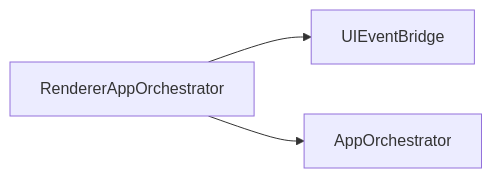
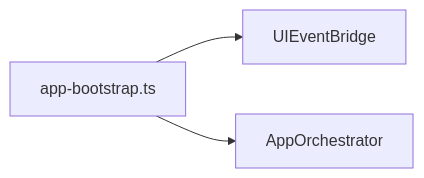
One commit to josstei/prismgb-app changed the first of 6 diagrams in docs/architecture-diagrams-onboarding.md. Above: the diagram before and after it, drawn with Mermaid. The commit also changed other lines of this file and 995 other files, not shown here.

````diff
--- a/docs/architecture-diagrams-onboarding.md
+++ b/docs/architecture-diagrams-onboarding.md
@@ -17,9 +20,9 @@
 ```mermaid
 flowchart LR
-  RendererAppOrchestrator[RendererAppOrchestrator]
+  AppBootstrap["app-bootstrap.ts"]
   UIEventBridge[UIEventBridge]
   AppOrchestrator[AppOrchestrator]
 
-  RendererAppOrchestrator --> UIEventBridge
-  RendererAppOrchestrator --> AppOrchestrator
+  AppBootstrap --> UIEventBridge
+  AppBootstrap --> AppOrchestrator
 ```
````
